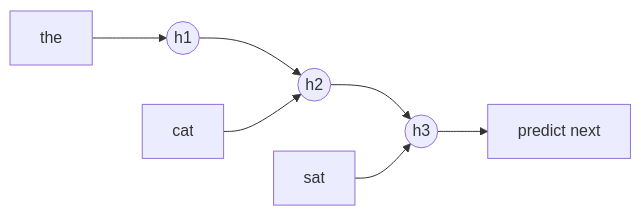
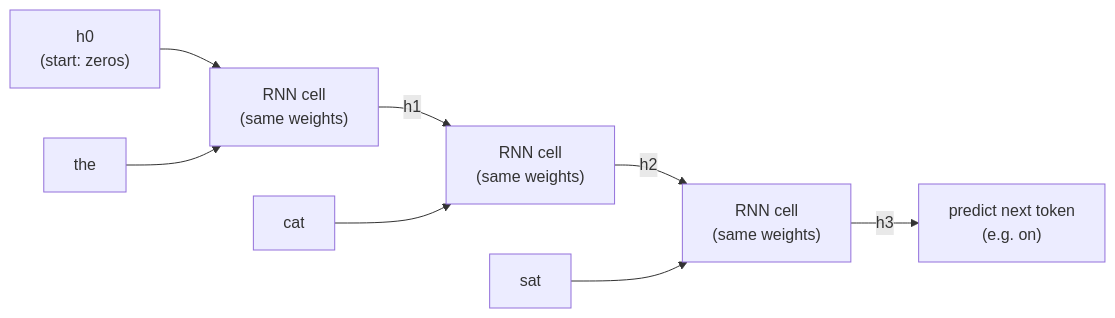
The fourth of 6 diagrams in docs/01-history.md (sztistvan/llm-explained-handouts), drawn with Mermaid before and after one commit. The commit also changed other lines of this file and 4 other files, not shown here.

First line of the commit message:
Expand handout 01: RNN explanation and seq2seq with attention diagrams

````diff
--- a/docs/01-history.md
+++ b/docs/01-history.md
@@ -45,6 +69,10 @@
 ```mermaid
 flowchart LR
-    x1["the"] --> h1(("h1")) --> h2(("h2")) --> h3(("h3")) --> p["predict next"]
-    x2["cat"] --> h2
-    x3["sat"] --> h3
+    h0["h0<br/>(start: zeros)"] --> C1["RNN cell<br/>(same weights)"]
+    x1["the"] --> C1
+    C1 -- "h1" --> C2["RNN cell<br/>(same weights)"]
+    x2["cat"] --> C2
+    C2 -- "h2" --> C3["RNN cell<br/>(same weights)"]
+    x3["sat"] --> C3
+    C3 -- "h3" --> P["predict next token<br/>(e.g. on)"]
 ```
````
